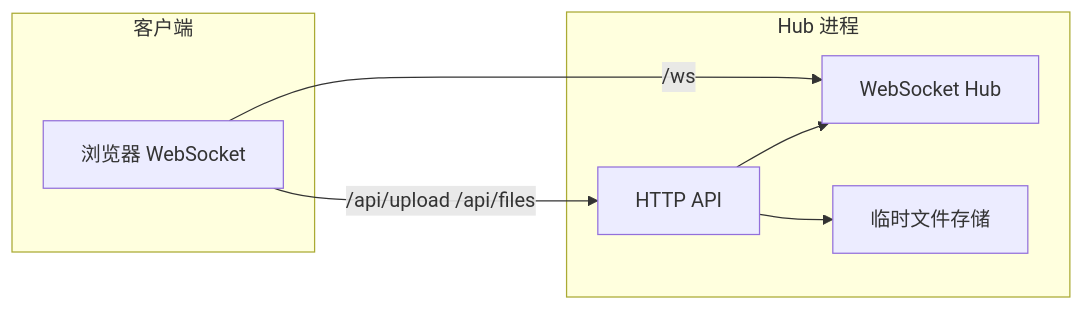
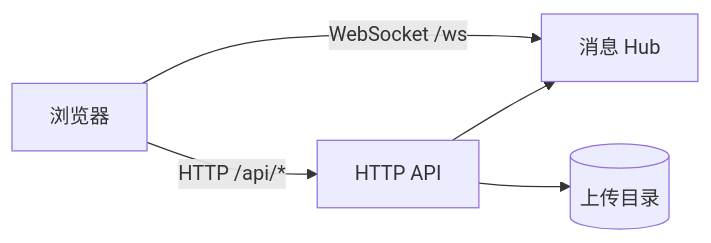
Before and after one commit to DayDaySpeed/Three-end-transmission: the diagram in README.md, drawn with Mermaid. The commit also changed other lines of this file and 14 other files, not shown here.

````diff
--- a/README.md
+++ b/README.md
@@ -48,17 +307,7 @@
 ```mermaid
 flowchart LR
-  subgraph clients [客户端]
-    Browser[浏览器 WebSocket]
-  end
-
-  subgraph hub [Hub 进程]
-    HTTP[HTTP API]
-    WS[WebSocket Hub]
-    Files[临时文件存储]
-  end
-
-  Browser -->|/ws| WS
-  Browser -->|/api/upload /api/files| HTTP
-  HTTP --> WS
-  HTTP --> Files
+  Browser[浏览器] -->|WebSocket /ws| Hub[消息 Hub]
+  Browser -->|HTTP /api/*| API[HTTP API]
+  API --> Hub
+  API --> Disk[(上传目录)]
 ```
````
